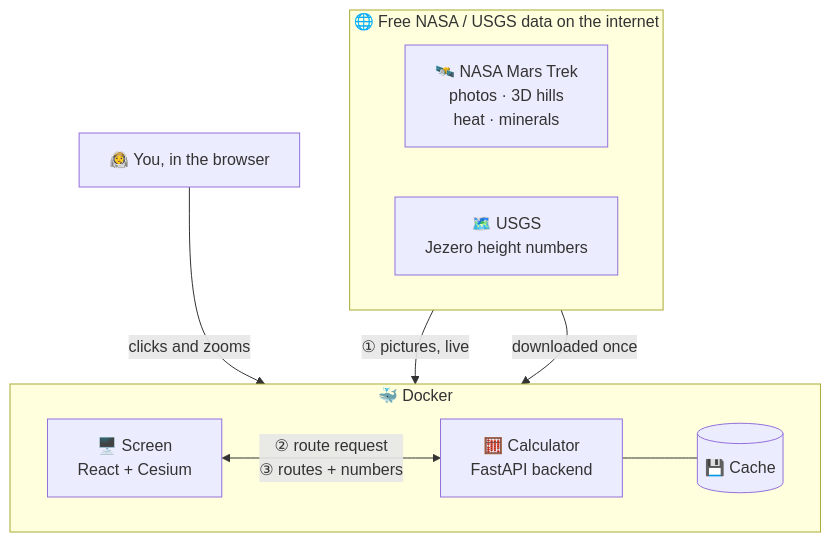
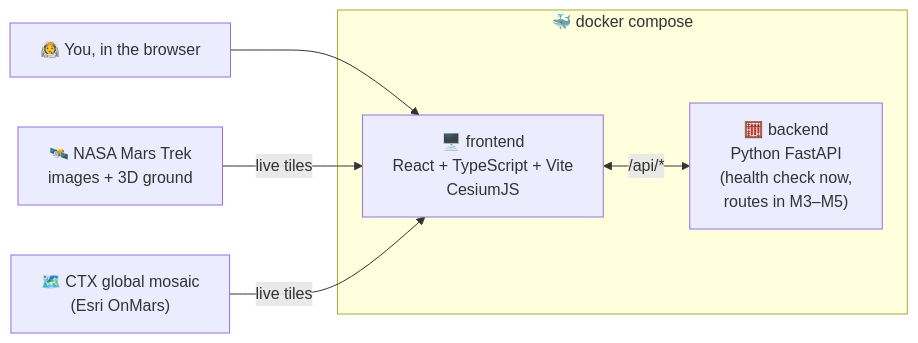
One commit to Abodawoud/Nasa-Challenge-Martian-Map changed the diagram in README.md. Above: the diagram before and after it, drawn with Mermaid. The commit also changed other lines of this file and 9 other files, not shown here.

````diff
--- a/README.md
+++ b/README.md
@@ -309,23 +81,14 @@
 ```mermaid
-flowchart TB
+flowchart LR
     U["👩‍🚀 You, in the browser"]
-
-    subgraph DOCKER["🐳 Docker"]
-        direction LR
-        FE["🖥️ Screen<br/>React + Cesium"]
-        BE["🧮 Calculator<br/>FastAPI backend"]
-        VOL[("💾 Cache")]
-        FE <-->|"② route request<br/>③ routes + numbers"| BE
-        BE --- VOL
+    subgraph DOCKER["🐳 docker compose"]
+        FE["🖥️ frontend<br/>React + TypeScript + Vite<br/>CesiumJS"]
+        BE["🧮 backend<br/>Python FastAPI<br/>(health check now,<br/>routes in M3–M5)"]
     end
-
-    subgraph NASA["🌐 Free NASA / USGS data on the internet"]
-        direction LR
-        TREK["🛰️ NASA Mars Trek<br/>photos · 3D hills<br/>heat · minerals"]
-        USGS["🗺️ USGS<br/>Jezero height numbers"]
-    end
-
-    U -->|"clicks and zooms"| FE
-    TREK -->|"① pictures, live"| FE
-    USGS -->|"downloaded once"| BE
+    TREK["🛰️ NASA Mars Trek<br/>images + 3D ground"]
+    ESRI["🗺️ CTX global mosaic<br/>(Esri OnMars)"]
+    U --> FE
+    TREK -->|"live tiles"| FE
+    ESRI -->|"live tiles"| FE
+    FE <-->|"/api/*"| BE
 ```
````
